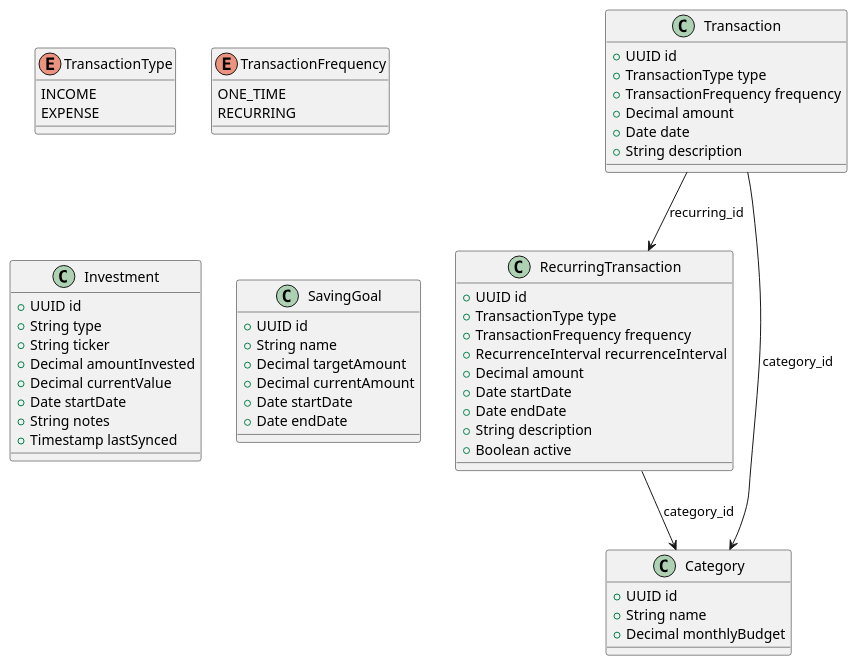
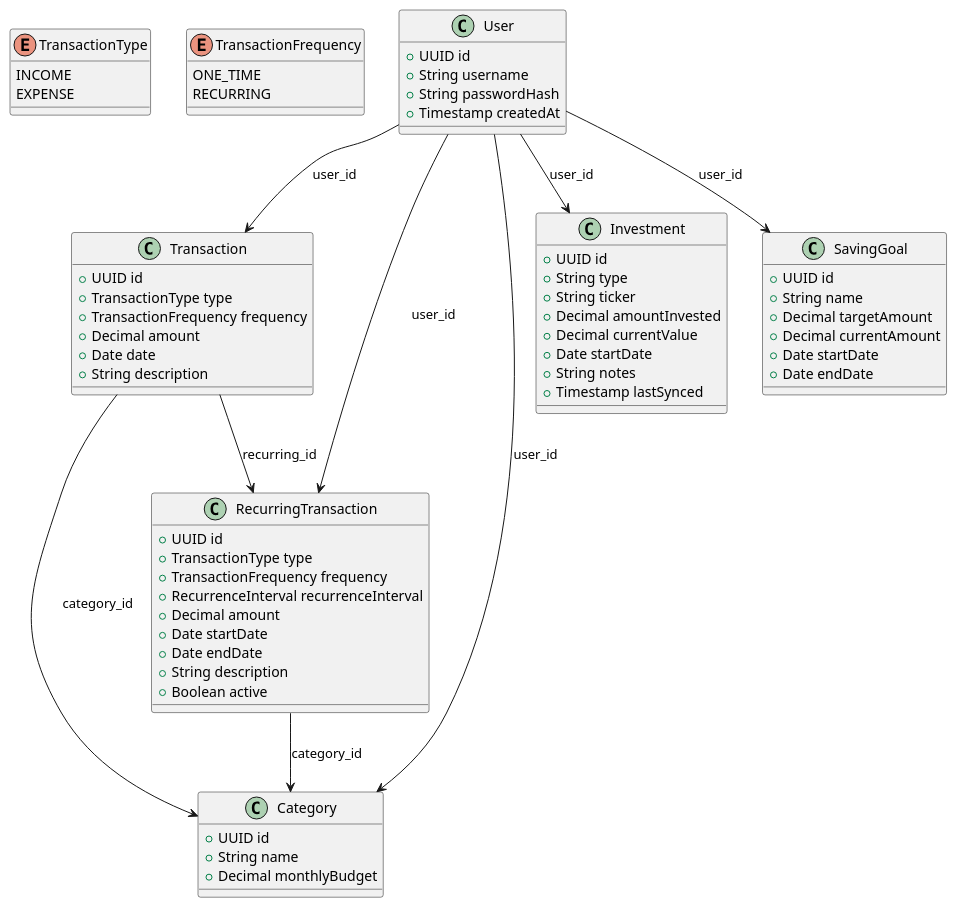
The diagram in docs/DomainModel/DomainModel.puml (1191830/myfinance), drawn with PlantUML before and after one commit. The commit also changed 3 other files, not shown here.

```diff
--- a/docs/DomainModel/DomainModel.puml
+++ b/docs/DomainModel/DomainModel.puml
@@ -1,67 +1,81 @@
 @startuml
 
 ' Define Enums
 enum TransactionType {
   INCOME
   EXPENSE
 }
 
 enum TransactionFrequency {
   ONE_TIME
   RECURRING
 }
 
 ' Define Classes
+class User {
+  +UUID id
+  +String username
+  +String passwordHash
+  +Timestamp createdAt
+}
+
 class Transaction {
   +UUID id
   +TransactionType type
   +TransactionFrequency frequency
   +Decimal amount
   +Date date
   +String description
 }
 
 class RecurringTransaction {
   +UUID id
   +TransactionType type
   +TransactionFrequency frequency
   +RecurrenceInterval recurrenceInterval
   +Decimal amount
   +Date startDate
   +Date endDate
   +String description
   +Boolean active
 }
 
 class Category {
   +UUID id
   +String name
   +Decimal monthlyBudget
 }
 
 class Investment {
   +UUID id
   +String type
   +String ticker
   +Decimal amountInvested
   +Decimal currentValue
   +Date startDate
   +String notes
   +Timestamp lastSynced
 }
 
 class SavingGoal {
   +UUID id
   +String name
   +Decimal targetAmount
   +Decimal currentAmount
   +Date startDate
   +Date endDate
 }
 
 ' Relationships
 Transaction --> RecurringTransaction : recurring_id
 Transaction --> Category : category_id
 RecurringTransaction --> Category : category_id
 
+' Every resource is owned by a user - each account's data is isolated from the others.
+User --> Transaction : user_id
+User --> RecurringTransaction : user_id
+User --> Category : user_id
+User --> Investment : user_id
+User --> SavingGoal : user_id
+
 @enduml
```
